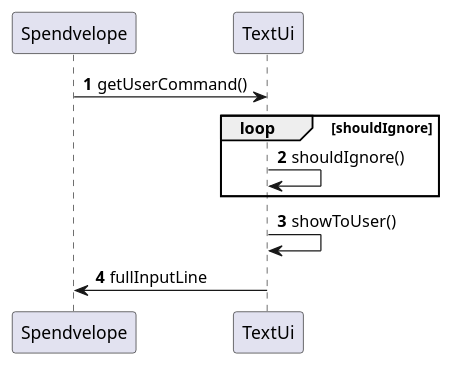
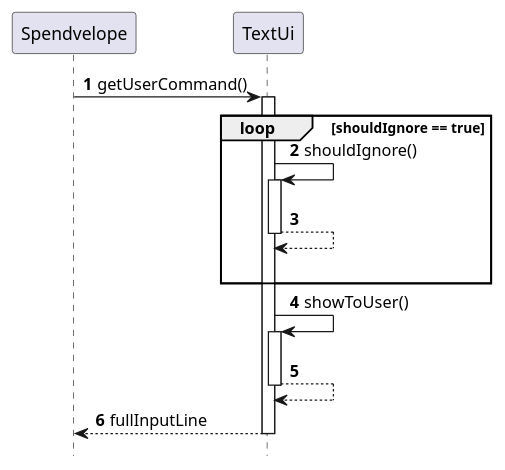
Before and after one commit to nus-cs2113-AY2122S2/tp: the diagram in docs/sequenceDiagrams/getUserInput.puml, drawn with PlantUML.

Commit message:
Modify getUserInput sequence diagram

```diff
--- a/docs/sequenceDiagrams/getUserInput.puml
+++ b/docs/sequenceDiagrams/getUserInput.puml
@@ -1,14 +1,19 @@
 @startuml
 'https://plantuml.com/sequence-diagram
 
+hide footbox
 autonumber
+autoactivate on
 
 Spendvelope -> TextUi: getUserCommand()
-loop shouldIgnore
+loop shouldIgnore == true
     TextUi -> TextUi: shouldIgnore()
+    TextUi --> TextUi
+    |||
 end
 
 TextUi -> TextUi: showToUser()
-TextUi -> Spendvelope: fullInputLine
+TextUi --> TextUi
+TextUi --> Spendvelope: fullInputLine
 
 @enduml
```
